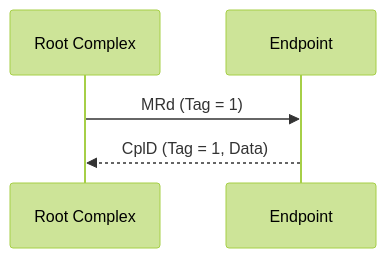
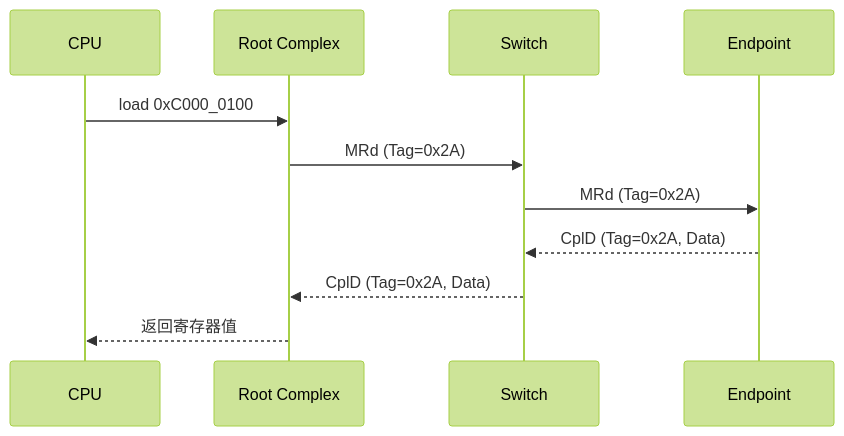
One commit to shangjun777-eng/knowledge changed the third of 4 diagrams in content/posts/pcie-intro/index.md. Above: the diagram before and after it, drawn with Mermaid (forest theme). The commit also changed other lines of this file, not shown here.

````diff
--- a/content/posts/pcie-intro/index.md
+++ b/content/posts/pcie-intro/index.md
@@ -205,7 +304,13 @@
 ```mermaid
 sequenceDiagram
+  participant CPU
   participant RC as Root Complex
+  participant SW as Switch
   participant EP as Endpoint
-  RC->>EP: MRd (Tag = 1)
-  EP-->>RC: CplD (Tag = 1, Data)
+  CPU->>RC: load 0xC000_0100
+  RC->>SW: MRd (Tag=0x2A)
+  SW->>EP: MRd (Tag=0x2A)
+  EP-->>SW: CplD (Tag=0x2A, Data)
+  SW-->>RC: CplD (Tag=0x2A, Data)
+  RC-->>CPU: 返回寄存器值
 ```
````
